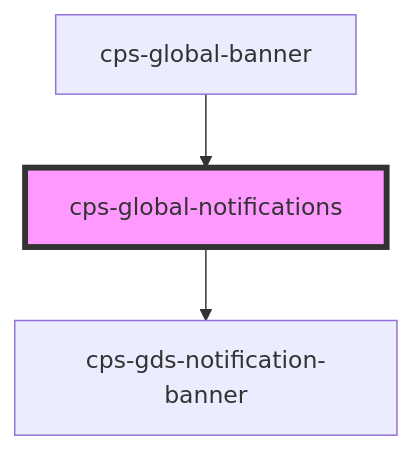
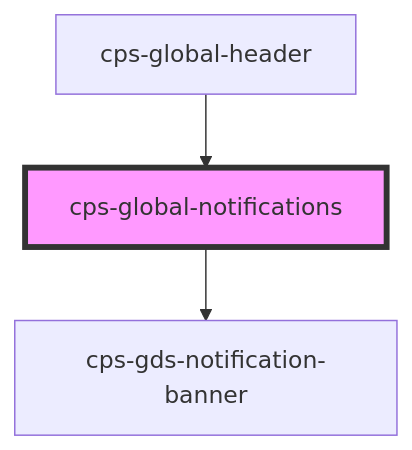
One commit to CPS-Innovation/global-components changed the diagram in packages/cps-global-components/src/components/cps-global-notifications/readme.md. Above: the diagram before and after it, drawn with Mermaid. The commit also changed other lines of this file and 5 other files, not shown here.

Commit message:
#FCT2-15518 - move banner to foot of header (#813)

````diff
--- a/packages/cps-global-components/src/components/cps-global-notifications/readme.md
+++ b/packages/cps-global-components/src/components/cps-global-notifications/readme.md
@@ -19,6 +19,6 @@
 ```mermaid
 graph TD;
   cps-global-notifications --> cps-gds-notification-banner
-  cps-global-banner --> cps-global-notifications
+  cps-global-header --> cps-global-notifications
   style cps-global-notifications fill:#f9f,stroke:#333,stroke-width:4px
 ```
````
